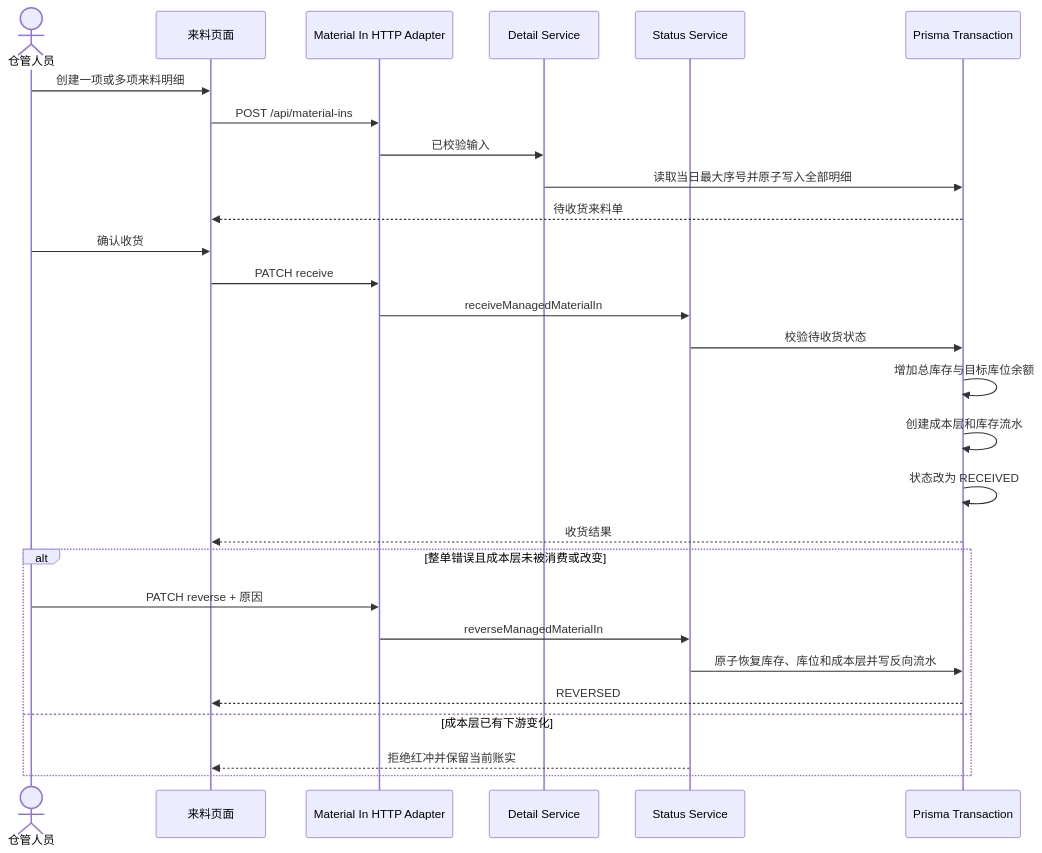
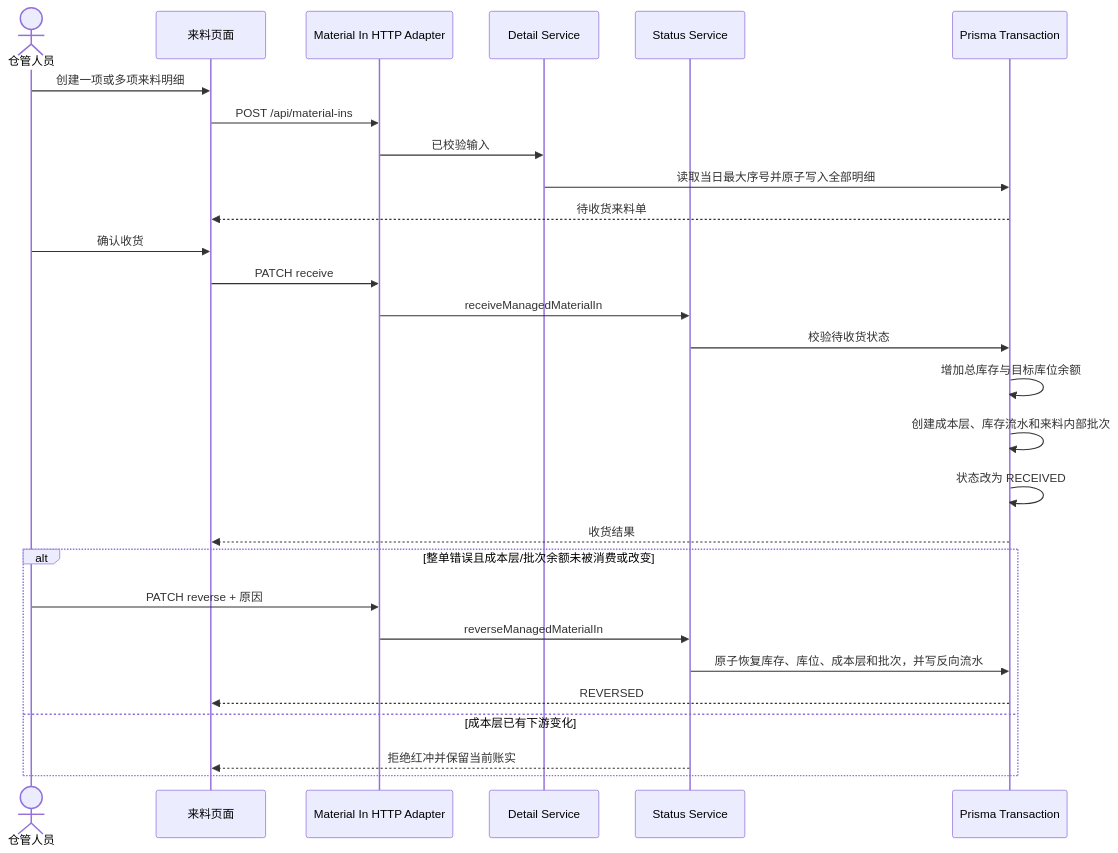
The fifth of 18 diagrams in docs/architecture/系统时序图.md (goldf2/mes-lite), drawn with Mermaid before and after one commit. The commit also changed other lines of this file and 57 other files, not shown here.

````diff
--- a/docs/architecture/系统时序图.md
+++ b/docs/architecture/系统时序图.md
@@ -158,33 +158,33 @@
 ```mermaid
 sequenceDiagram
   actor U as 仓管人员
   participant UI as 来料页面
   participant API as Material In HTTP Adapter
   participant D as Detail Service
   participant S as Status Service
   participant DB as Prisma Transaction
 
   U->>UI: 创建一项或多项来料明细
   UI->>API: POST /api/material-ins
   API->>D: 已校验输入
   D->>DB: 读取当日最大序号并原子写入全部明细
   DB-->>UI: 待收货来料单
 
   U->>UI: 确认收货
   UI->>API: PATCH receive
   API->>S: receiveManagedMaterialIn
   S->>DB: 校验待收货状态
   DB->>DB: 增加总库存与目标库位余额
-  DB->>DB: 创建成本层和库存流水
+  DB->>DB: 创建成本层、库存流水和来料内部批次
   DB->>DB: 状态改为 RECEIVED
   DB-->>UI: 收货结果
 
-  alt 整单错误且成本层未被消费或改变
+  alt 整单错误且成本层/批次余额未被消费或改变
     U->>API: PATCH reverse + 原因
     API->>S: reverseManagedMaterialIn
-    S->>DB: 原子恢复库存、库位和成本层并写反向流水
+    S->>DB: 原子恢复库存、库位、成本层和批次，并写反向流水
     DB-->>UI: REVERSED
   else 成本层已有下游变化
     S-->>UI: 拒绝红冲并保留当前账实
   end
 ```
````
